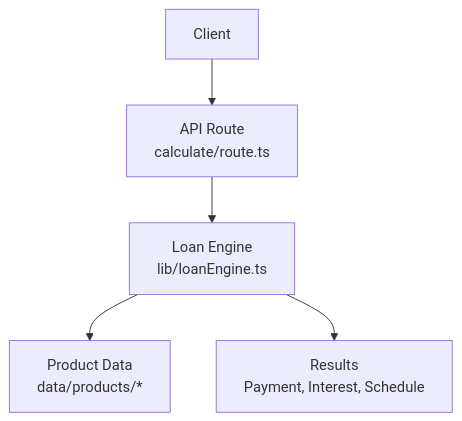
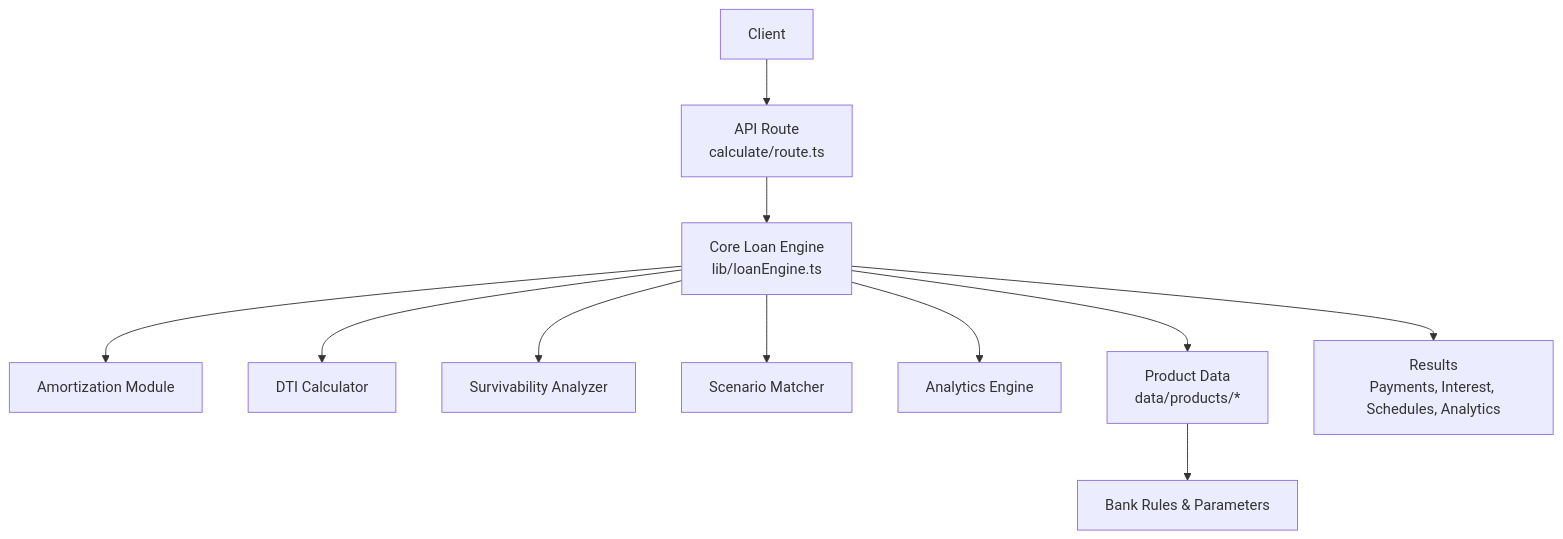
The first of 5 diagrams in .qoder/repowiki/en/content/Loan Engine/Core Calculation Engine.md (alibaba-hackathon-fsi/frontend-vaya), drawn with Mermaid before and after one commit. The commit also changed other lines of this file and 77 other files, not shown here.

````diff
--- a/.qoder/repowiki/en/content/Loan Engine/Core Calculation Engine.md
+++ b/.qoder/repowiki/en/content/Loan Engine/Core Calculation Engine.md
@@ -32,7 +44,13 @@
 ```mermaid
 graph TB
 Client["Client"] --> API["API Route<br/>calculate/route.ts"]
-API --> Engine["Loan Engine<br/>lib/loanEngine.ts"]
-Engine --> Products["Product Data<br/>data/products/*"]
-Engine --> Output["Results<br/>Payment, Interest, Schedule"]
+API --> CoreEngine["Core Loan Engine<br/>lib/loanEngine.ts"]
+CoreEngine --> Amortization["Amortization Module"]
+CoreEngine --> DTI["DTI Calculator"]
+CoreEngine --> Survivability["Survivability Analyzer"]
+CoreEngine --> Scenarios["Scenario Matcher"]
+CoreEngine --> Analytics["Analytics Engine"]
+CoreEngine --> Products["Product Data<br/>data/products/*"]
+Products --> Rules["Bank Rules & Parameters"]
+CoreEngine --> Output["Results<br/>Payments, Interest, Schedules, Analytics"]
 ```
````
